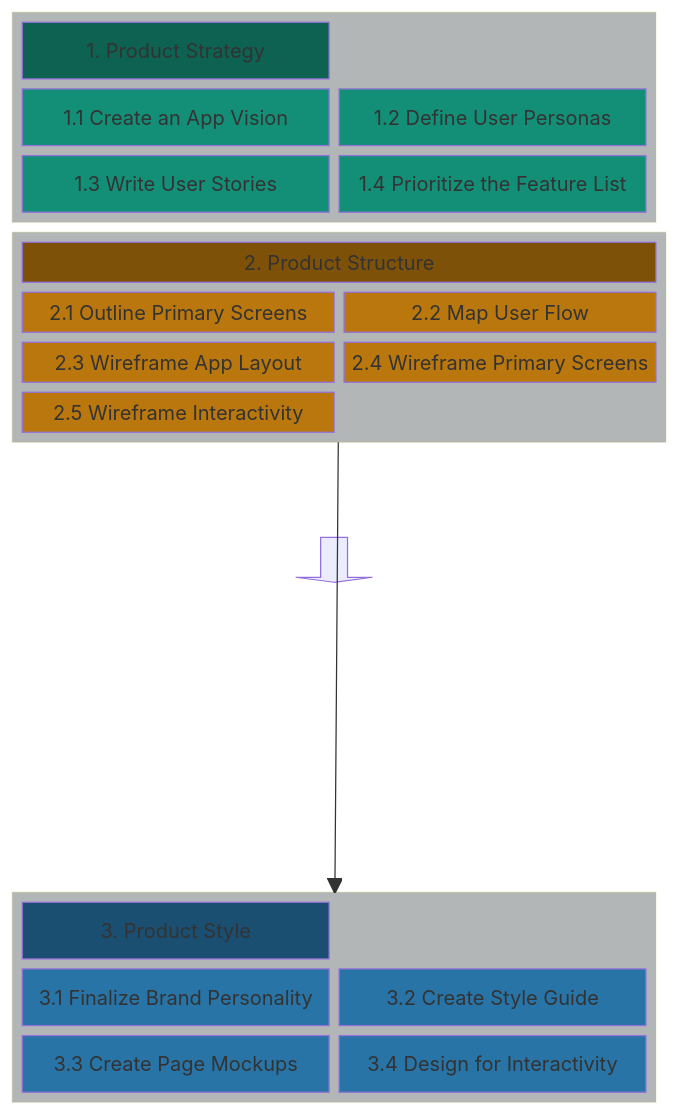
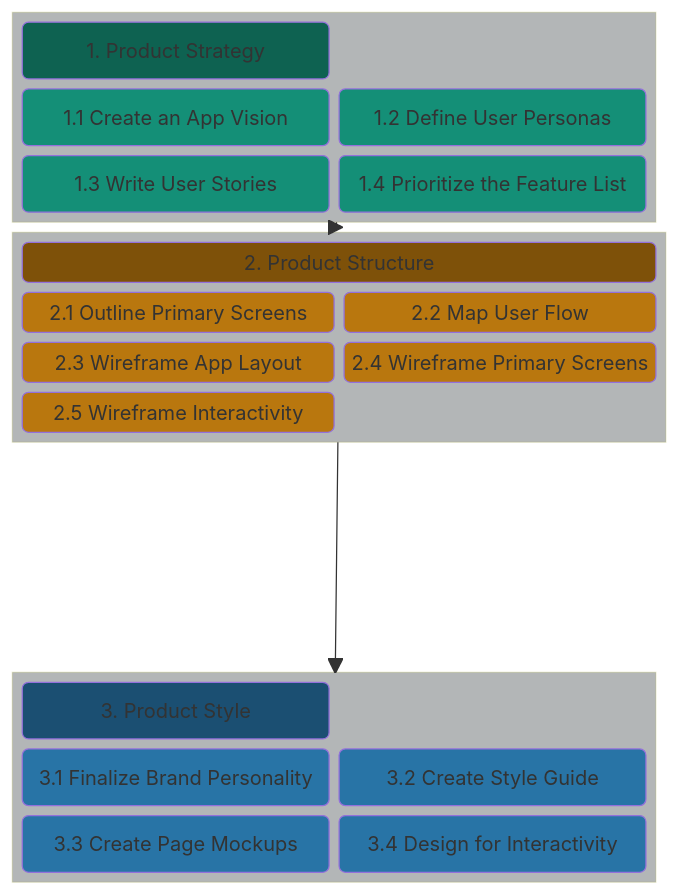
The diagram in docs/resources/techresources/uiux.md (chingu-voyages/Handbook), drawn with Mermaid before and after one commit.

Commit message:
Feature: Add UI/UX workflow process template

````diff
--- a/docs/resources/techresources/uiux.md
+++ b/docs/resources/techresources/uiux.md
@@ -15,54 +15,54 @@
 ```mermaid
 block-beta
 columns 1
   block:STRATEGY
     columns 2
-    A["1. Product Strategy"]:2
-    B["1.1 Create an App Vision"]
-    C["1.2 Define User Personas"]
-    D["1.3 Write User Stories"]
-    E["1.4 Prioritize the Feature List"]
+    A("1. Product Strategy"):2
+    B("1.1 Create an App Vision")
+    C("1.2 Define User Personas")
+    D("1.3 Write User Stories")
+    E("1.4 Prioritize the Feature List")
   end
   block:STRUCTURE
     columns 2
-    G["2. Product Structure"]:2
-    H["2.1 Outline Primary Screens"]
-    I["2.2 Map User Flow"]
-    J["2.3 Wireframe App Layout"]
-    K["2.4 Wireframe Primary Screens"]
-    L["2.5 Wireframe Interactivity"]
+    G("2. Product Structure"):2
+    H("2.1 Outline Primary Screens")
+    I("2.2 Map User Flow")
+    J("2.3 Wireframe App Layout")
+    K("2.4 Wireframe Primary Screens")
+    L("2.5 Wireframe Interactivity")
   end
-    blockArrowId6<["&nbsp;&nbsp;&nbsp;"]>(down)
+  STRATEGY --> STRUCTURE
   space
   block:STYLE
     columns 2
-    M["3. Product Style"]:2
-    N["3.1 Finalize Brand Personality"]
-    O["3.2 Create Style Guide"]
-    P["3.3 Create Page Mockups"]
-    Q["3.4 Design for Interactivity"]
+    M("3. Product Style"):2
+    N("3.1 Finalize Brand Personality")
+    O("3.2 Create Style Guide")
+    P("3.3 Create Page Mockups")
+    Q("3.4 Design for Interactivity")
   end
   STRUCTURE --> STYLE
   style A fill:#0e6251
   style B fill:#148f77
   style C fill:#148f77
   style D fill:#148f77
   style E fill:#148f77
 
   style G fill:#7e5109
   style H fill:#b9770e
   style I fill:#b9770e
   style J fill:#b9770e
   style K fill:#b9770e
   style L fill:#b9770e
 
   style M fill:#1b4f72
   style N fill:#2874a6
   style O fill:#2874a6
   style P fill:#2874a6
   style Q fill:#2874a6
 
   style STRATEGY fill:#b3b6b7
   style STRUCTURE fill:#b3b6b7
   style STYLE fill:#b3b6b7
 ```
````
